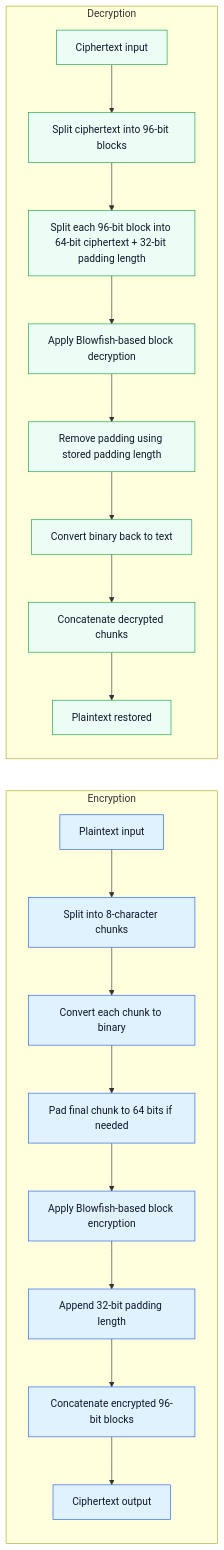
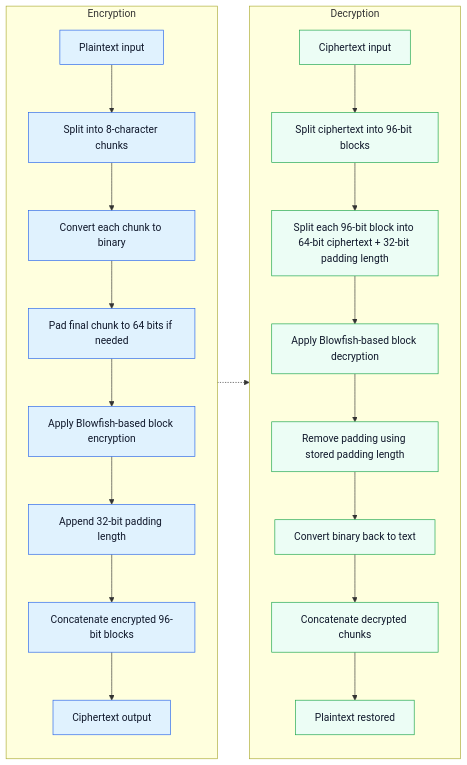
Before and after one commit to jgeo12/encryptor-app: the diagram in README.md, drawn with Mermaid.

````diff
--- a/README.md
+++ b/README.md
@@ -10,29 +10,31 @@
 ```mermaid
 flowchart LR
     subgraph ENC[Encryption]
         direction TB
         A[Plaintext input] --> B[Split into 8-character chunks]
         B --> C[Convert each chunk to binary]
         C --> D[Pad final chunk to 64 bits if needed]
         D --> E[Apply Blowfish-based block encryption]
         E --> F[Append 32-bit padding length]
         F --> G[Concatenate encrypted 96-bit blocks]
         G --> H[Ciphertext output]
     end
 
     subgraph DEC[Decryption]
         direction TB
         I[Ciphertext input] --> J[Split ciphertext into 96-bit blocks]
         J --> K[Split each 96-bit block into 64-bit ciphertext + 32-bit padding length]
         K --> L[Apply Blowfish-based block decryption]
         L --> M[Remove padding using stored padding length]
         M --> N[Convert binary back to text]
         N --> O[Concatenate decrypted chunks]
         O --> P[Plaintext restored]
     end
 
+    H -.-> I
+
     classDef enc fill:#e0f2fe,stroke:#2563eb,stroke-width:1px,color:#0f172a;
     classDef dec fill:#ecfdf5,stroke:#16a34a,stroke-width:1px,color:#0f172a;
     class A,B,C,D,E,F,G,H enc;
     class I,J,K,L,M,N,O,P dec;
 ```
````
